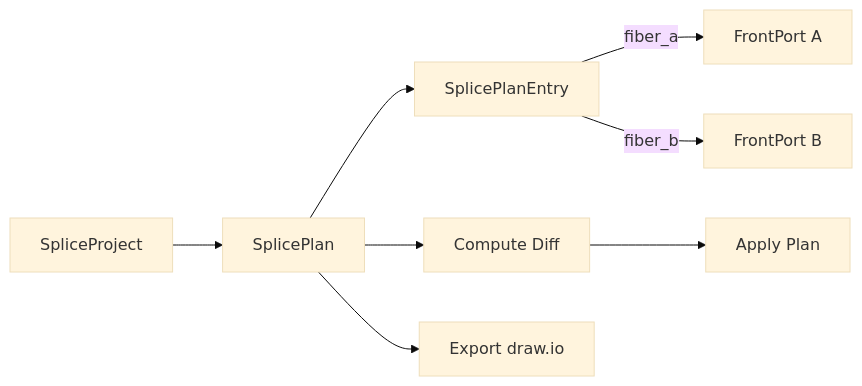
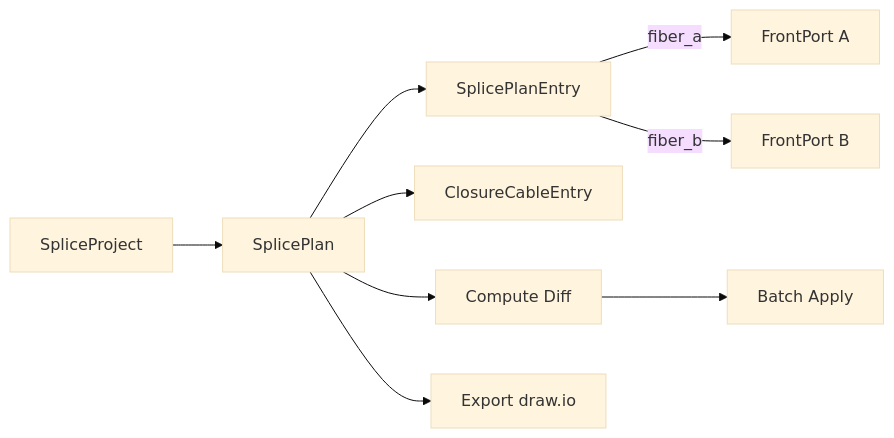
The first of 2 diagrams in docs/user-guide/splice-planning.md (jsenecal/netbox-fms), drawn with Mermaid (base theme) before and after one commit. The commit also changed other lines of this file and 4 other files, not shown here.

````diff
--- a/docs/user-guide/splice-planning.md
+++ b/docs/user-guide/splice-planning.md
@@ -9,10 +9,11 @@
 ```mermaid
 flowchart LR
     SP[SpliceProject] --> PLAN[SplicePlan]
     PLAN --> ENTRY[SplicePlanEntry]
     ENTRY --> |"fiber_a"| FP1[FrontPort A]
     ENTRY --> |"fiber_b"| FP2[FrontPort B]
+    PLAN --> CCE[ClosureCableEntry]
     PLAN --> DIFF[Compute Diff]
-    DIFF --> APPLY[Apply Plan]
+    DIFF --> APPLY[Batch Apply]
     PLAN --> EXPORT[Export draw.io]
 ```
````
